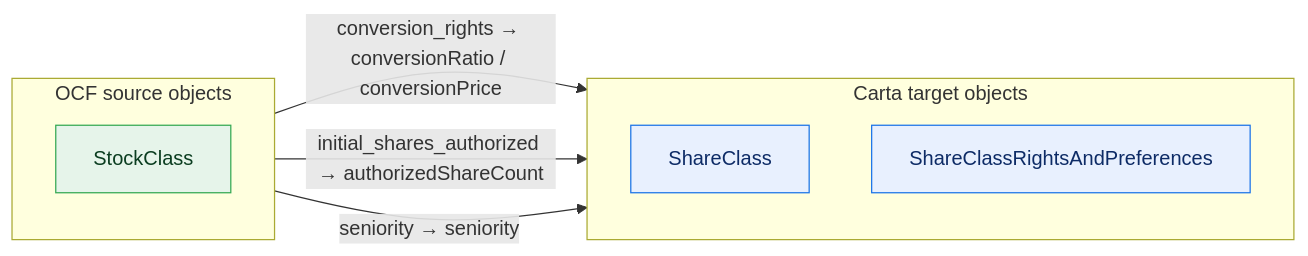
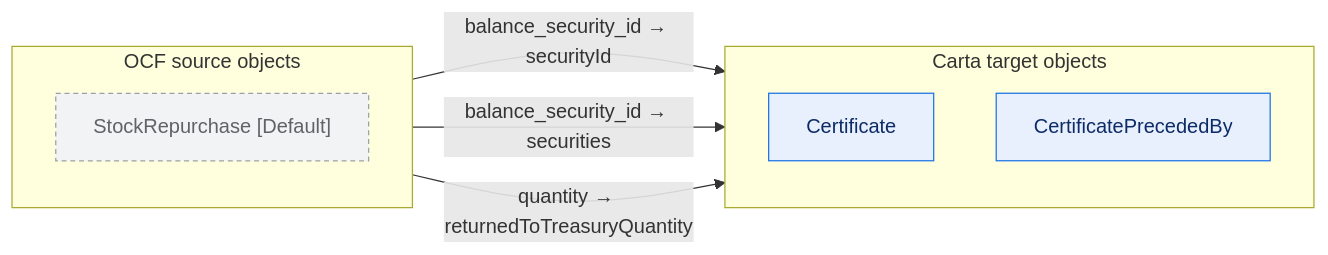
One commit to Open-Cap-Table-Coalition/OCF-Composed-Schemas changed diagram 13 of 35 in docs/core-lossy-inventory.md. Above: the diagram before and after it, drawn with Mermaid. The commit also changed other lines of this file and 33 other files, not shown here.

````diff
--- a/docs/core-lossy-inventory.md
+++ b/docs/core-lossy-inventory.md
@@ -67,19 +297,19 @@
 ```mermaid
 flowchart LR
   classDef adm fill:#e6f4ea,stroke:#34a853,color:#0b3d20;
   classDef notadm fill:#f1f3f4,stroke:#9aa0a6,color:#5f6368,stroke-dasharray:4 3;
   classDef carta fill:#e8f0fe,stroke:#1a73e8,color:#0d2b66;
   classDef sink fill:#fce8e6,stroke:#d93025,color:#5c0d06;
   subgraph SRC["OCF source objects"]
     direction TB
-    o0["StockClass"]:::adm
+    o0["StockRepurchase [Default]"]:::notadm
   end
   subgraph TGT["Carta target objects"]
     direction TB
-    t0["ShareClass"]:::carta
-    t1["ShareClassRightsAndPreferences"]:::carta
+    t0["Certificate"]:::carta
+    t1["CertificatePrecededBy"]:::carta
   end
-  o0 -->|"conversion_rights → conversionRatio / conversionPrice"| t1
-  o0 -->|"initial_shares_authorized → authorizedShareCount"| t0
-  o0 -->|"seniority → seniority"| t0
+  o0 -->|"balance_security_id → securityId"| t0
+  o0 -->|"balance_security_id → securities"| t1
+  o0 -->|"quantity → returnedToTreasuryQuantity"| t0
 ```
````
